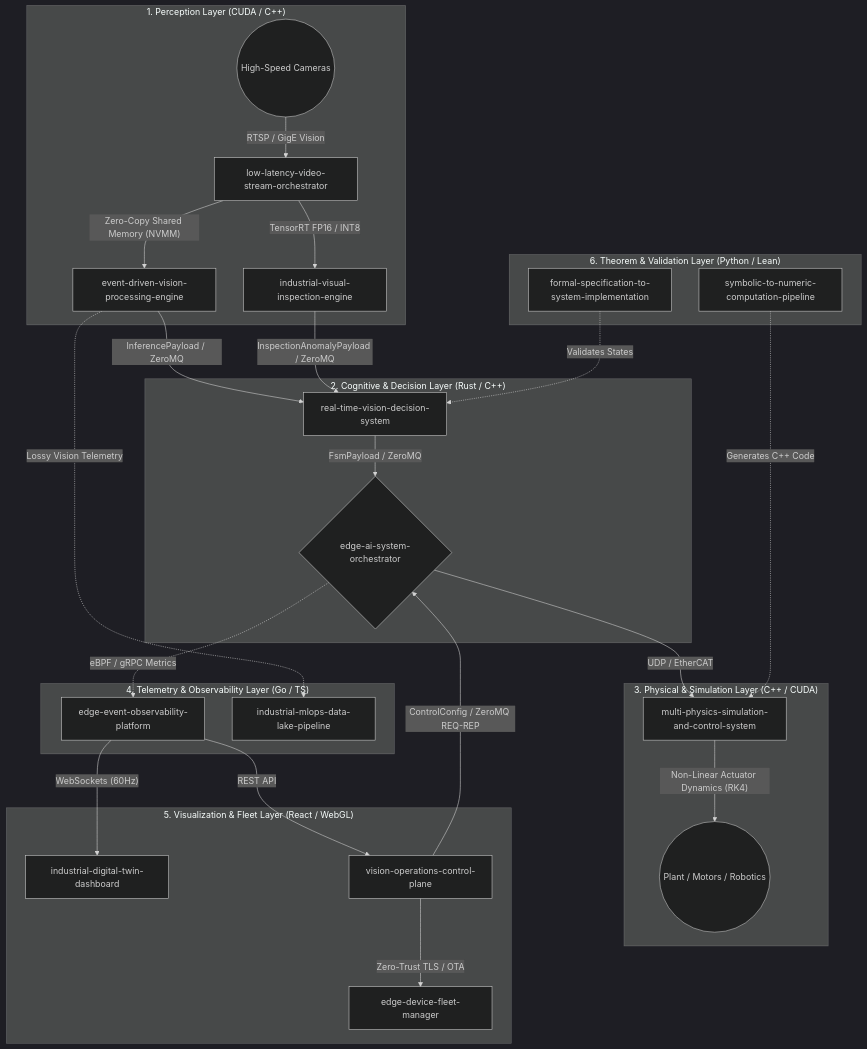
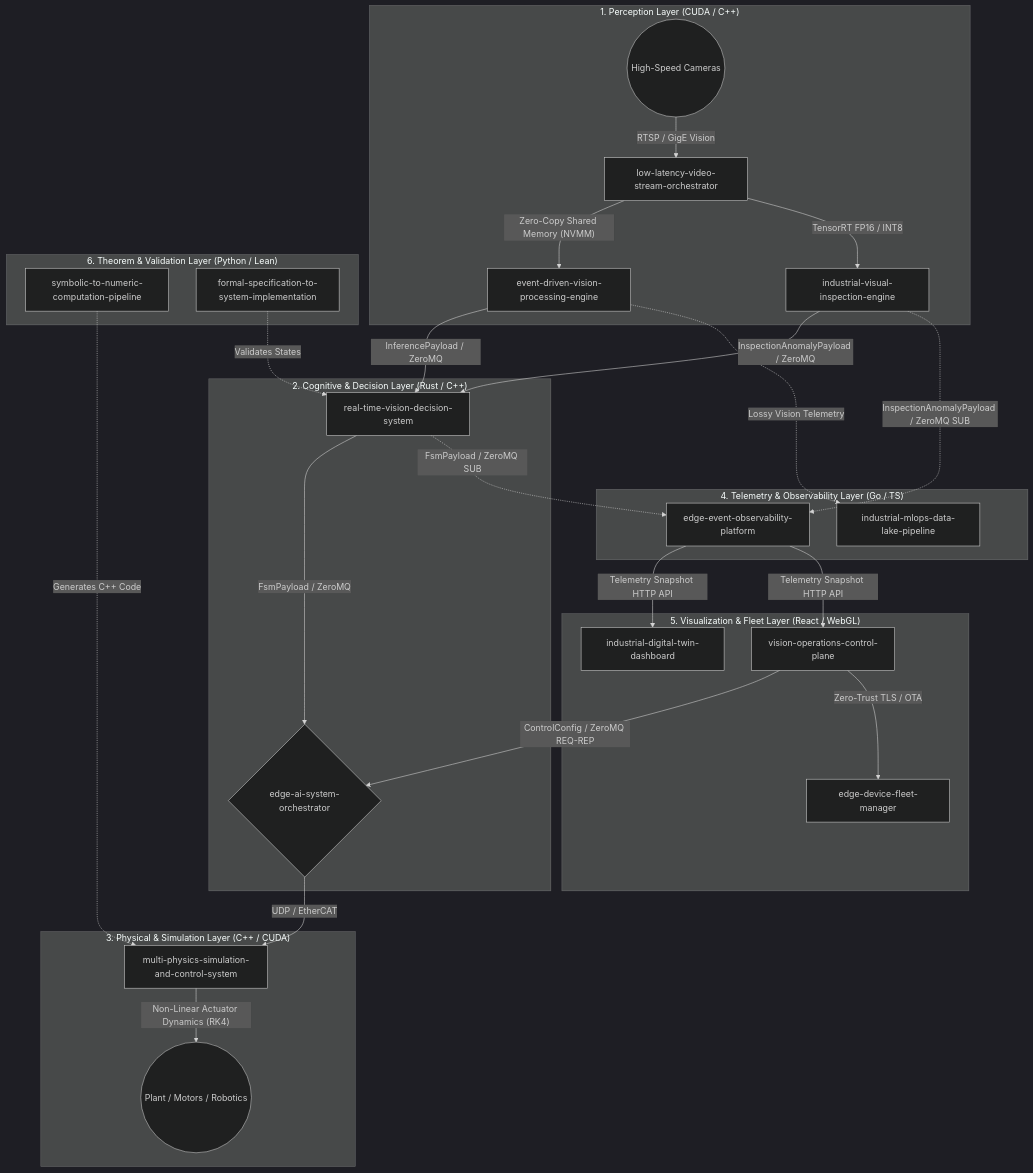
One commit to Industrial-Edge-Labs/docs-Industrial-Edge-Labs changed the diagram in ARCHITECTURE.md. Above: the diagram before and after it, drawn with Mermaid (dark theme). The commit also changed other lines of this file and 3 other files, not shown here.

Commit message:
docs: add observability platform contract guides

````diff
--- a/ARCHITECTURE.md
+++ b/ARCHITECTURE.md
@@ -9,36 +9,37 @@
 ```mermaid
 flowchart TD
     subgraph SENSE ["1. Perception Layer (CUDA / C++)"]
         CAM((High-Speed Cameras)) -- "RTSP / GigE Vision" --> LVO[low-latency-video-stream-orchestrator]
         LVO -- "Zero-Copy Shared Memory (NVMM)" --> VPE[event-driven-vision-processing-engine]
         LVO -- "TensorRT FP16 / INT8" --> VIE[industrial-visual-inspection-engine]
     end
 
     subgraph INFER ["2. Cognitive & Decision Layer (Rust / C++)"]
         VPE -- "InferencePayload / ZeroMQ" --> RTD[real-time-vision-decision-system]
         VIE -- "InspectionAnomalyPayload / ZeroMQ" --> RTD
         RTD -- "FsmPayload / ZeroMQ" --> ORCH{edge-ai-system-orchestrator}
     end
 
     subgraph ACT_SIM ["3. Physical & Simulation Layer (C++ / CUDA)"]
         ORCH -- "UDP / EtherCAT" --> HIL[multi-physics-simulation-and-control-system]
         HIL -- "Non-Linear Actuator Dynamics (RK4)" --> PhysicalPlant((Plant / Motors / Robotics))
     end
 
     subgraph OBSERVE ["4. Telemetry & Observability Layer (Go / TS)"]
-        ORCH -. "eBPF / gRPC Metrics" .-> EOP[edge-event-observability-platform]
+        RTD -. "FsmPayload / ZeroMQ SUB" .-> EOP[edge-event-observability-platform]
+        VIE -. "InspectionAnomalyPayload / ZeroMQ SUB" .-> EOP
         VPE -. "Lossy Vision Telemetry" .-> MLOPS[industrial-mlops-data-lake-pipeline]
     end
 
     subgraph CONTROL_PLANE ["5. Visualization & Fleet Layer (React / WebGL)"]
-        EOP -- "WebSockets (60Hz)" --> TWIN[industrial-digital-twin-dashboard]
-        EOP -- "REST API" --> VOCP[vision-operations-control-plane]
+        EOP -- "Telemetry Snapshot HTTP API" --> TWIN[industrial-digital-twin-dashboard]
+        EOP -- "Telemetry Snapshot HTTP API" --> VOCP[vision-operations-control-plane]
         VOCP -- "ControlConfig / ZeroMQ REQ-REP" --> ORCH
         VOCP -- "Zero-Trust TLS / OTA" --> FLEET[edge-device-fleet-manager]
     end
     
     subgraph THEORY ["6. Theorem & Validation Layer (Python / Lean)"]
         SYM[symbolic-to-numeric-computation-pipeline] -. "Generates C++ Code" .-> HIL
         FORMAL[formal-specification-to-system-implementation] -. "Validates States" .-> RTD
     end
 ```
````
